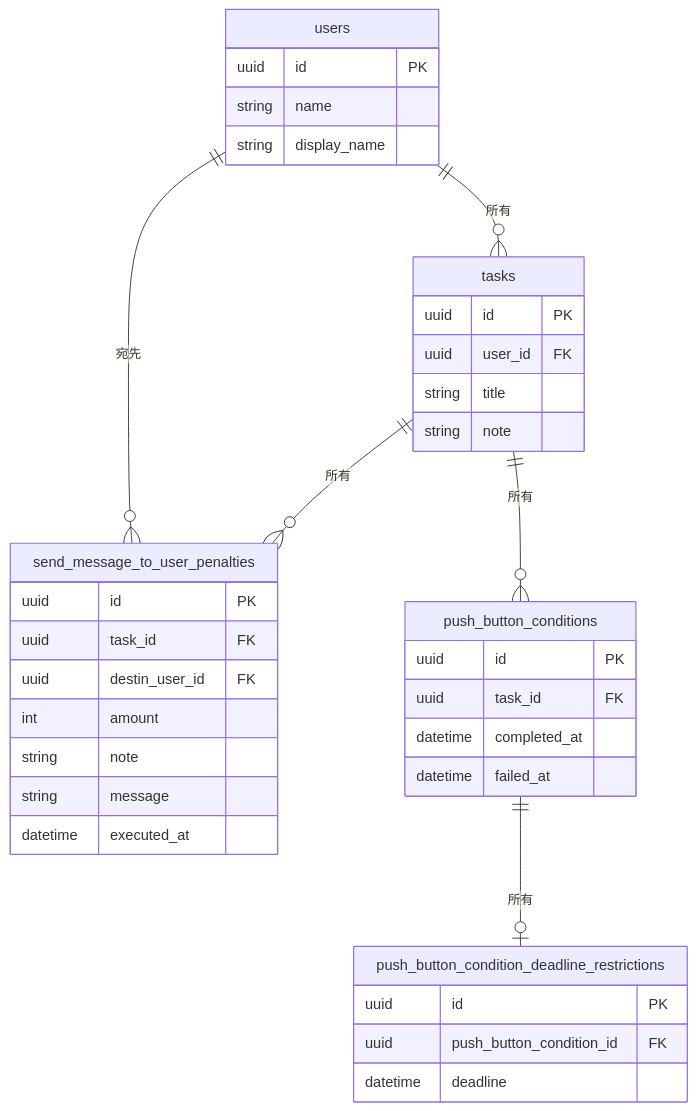
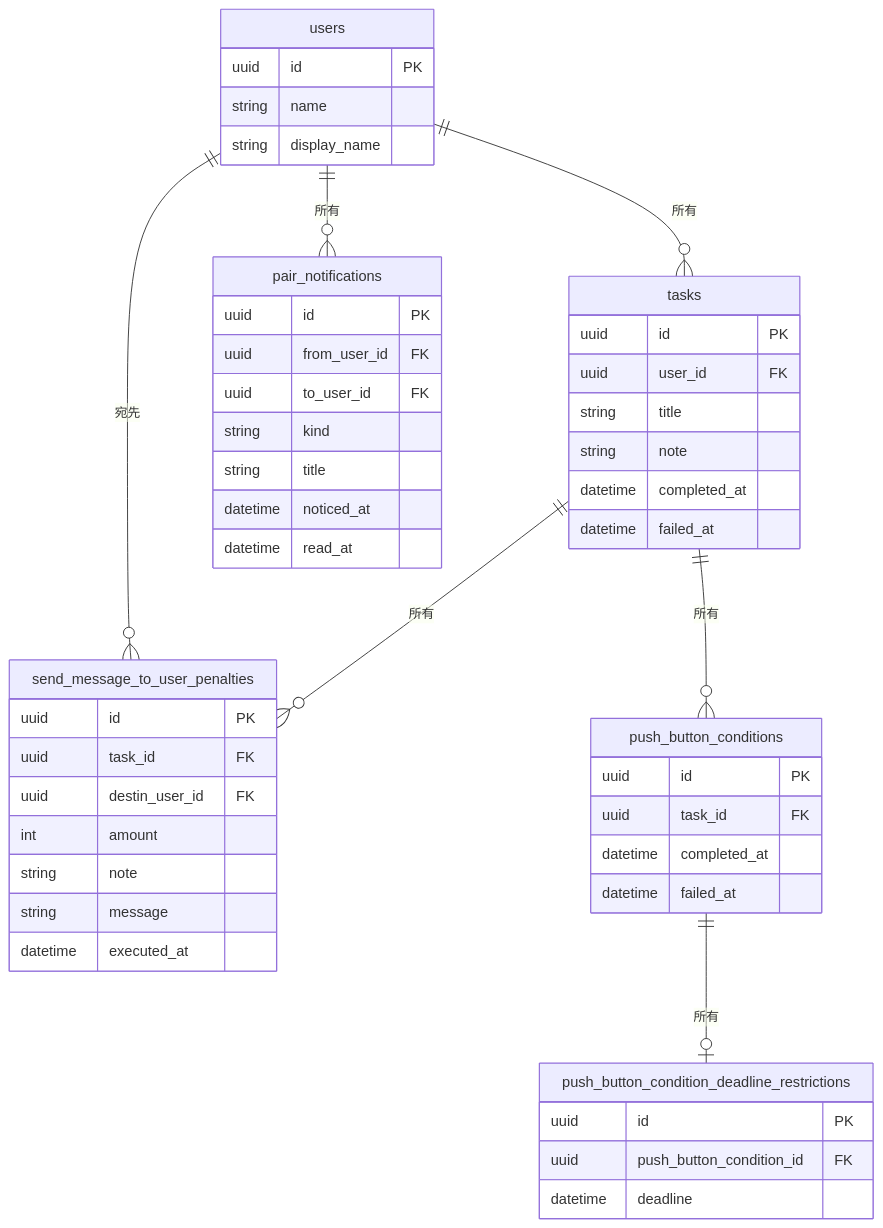
The diagram in api/README.md (shoto-kai/Promise-Executioner), drawn with Mermaid before and after one commit. The commit also changed 116 other files, not shown here.

````diff
--- a/api/README.md
+++ b/api/README.md
@@ -44,45 +44,58 @@
 ```mermaid
 erDiagram
 
     users {
         uuid id PK
         string name
         string display_name
     }
 
     tasks {
         uuid id PK
         uuid user_id FK
         string title
         string note
+        datetime completed_at
+        datetime failed_at
     }
     users ||--o{ tasks: "所有"
     
     send_message_to_user_penalties {
         uuid id PK
         uuid task_id FK
         uuid destin_user_id FK
         int amount
         string note
         string message
         datetime executed_at
     }
     tasks ||--o{ send_message_to_user_penalties: "所有"
     users ||--o{ send_message_to_user_penalties: "宛先"
 
     push_button_conditions {
         uuid id PK
         uuid task_id FK
         datetime completed_at
         datetime failed_at
     }
     tasks ||--o{ push_button_conditions: "所有"
 
     push_button_condition_deadline_restrictions {
         uuid id PK
         uuid push_button_condition_id FK
         datetime deadline
     }
 
     push_button_conditions ||--o| push_button_condition_deadline_restrictions: "所有"
+
+    pair_notifications {
+        uuid id PK
+        uuid from_user_id FK
+        uuid to_user_id FK
+        string kind
+        string title
+        datetime noticed_at
+        datetime read_at
+    }
+    users ||--o{ pair_notifications: "所有"
 ```
````
